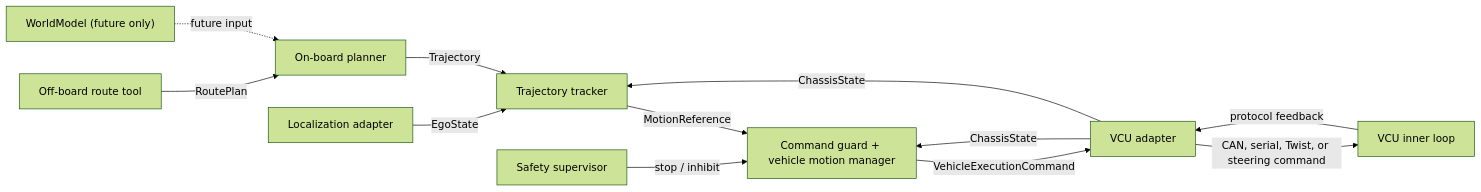
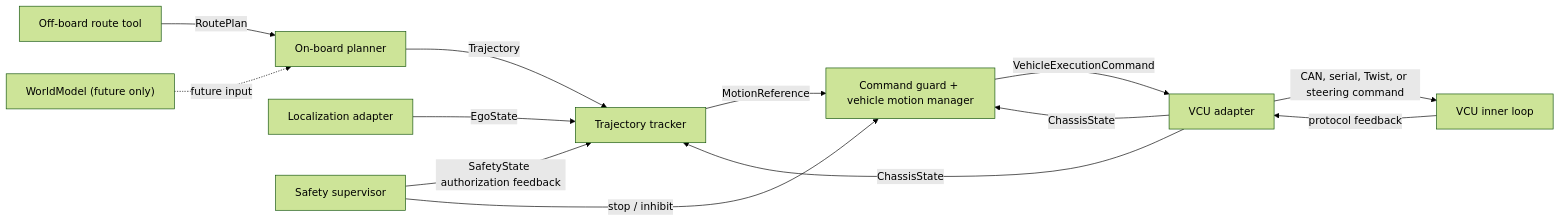
One commit to niuma-phd/AUTO_ROVER changed the diagram in ARCHITECTURE.md. Above: the diagram before and after it, drawn with Mermaid (forest theme). The commit also changed other lines of this file and 60 other files, not shown here.

````diff
--- a/ARCHITECTURE.md
+++ b/ARCHITECTURE.md
@@ -10,14 +10,15 @@
 ```mermaid
 flowchart LR
     RouteTool["Off-board route tool"] -->|RoutePlan| Planner["On-board planner"]
     Planner -->|Trajectory| Tracker["Trajectory tracker"]
     Localization["Localization adapter"] -->|EgoState| Tracker
     VCU -->|"protocol feedback"| Adapter["VCU adapter"]
     Adapter -->|ChassisState| Tracker
     Adapter -->|ChassisState| Guard["Command guard + vehicle motion manager"]
     Tracker -->|MotionReference| Guard
+    Safety -->|SafetyState authorization feedback| Tracker
     Safety["Safety supervisor"] -->|"stop / inhibit"| Guard
     Guard -->|VehicleExecutionCommand| Adapter
     Adapter -->|"CAN, serial, Twist, or steering command"| VCU["VCU inner loop"]
     WorldModel["WorldModel (future only)"] -. future input .-> Planner
 ```
````
